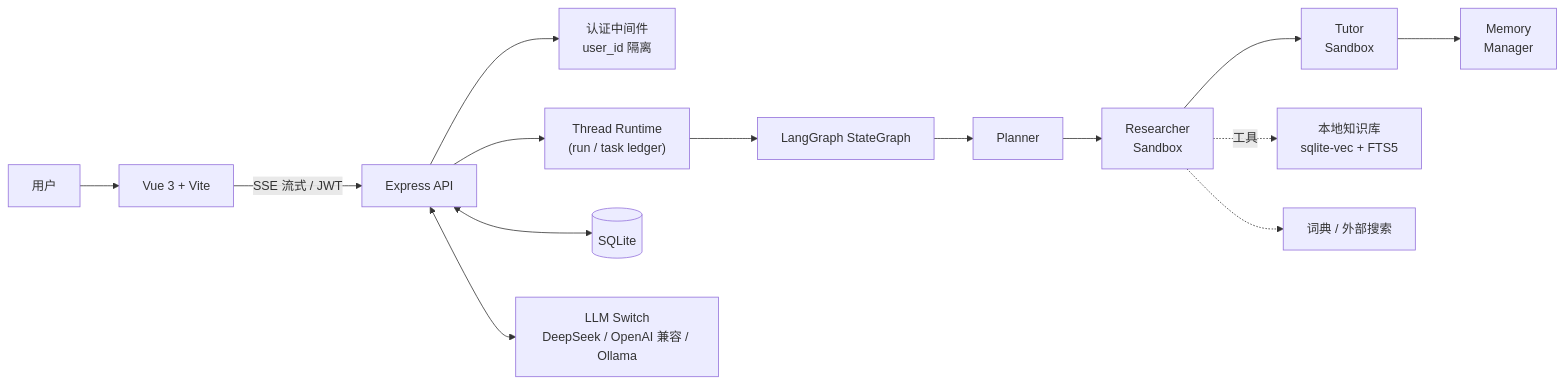
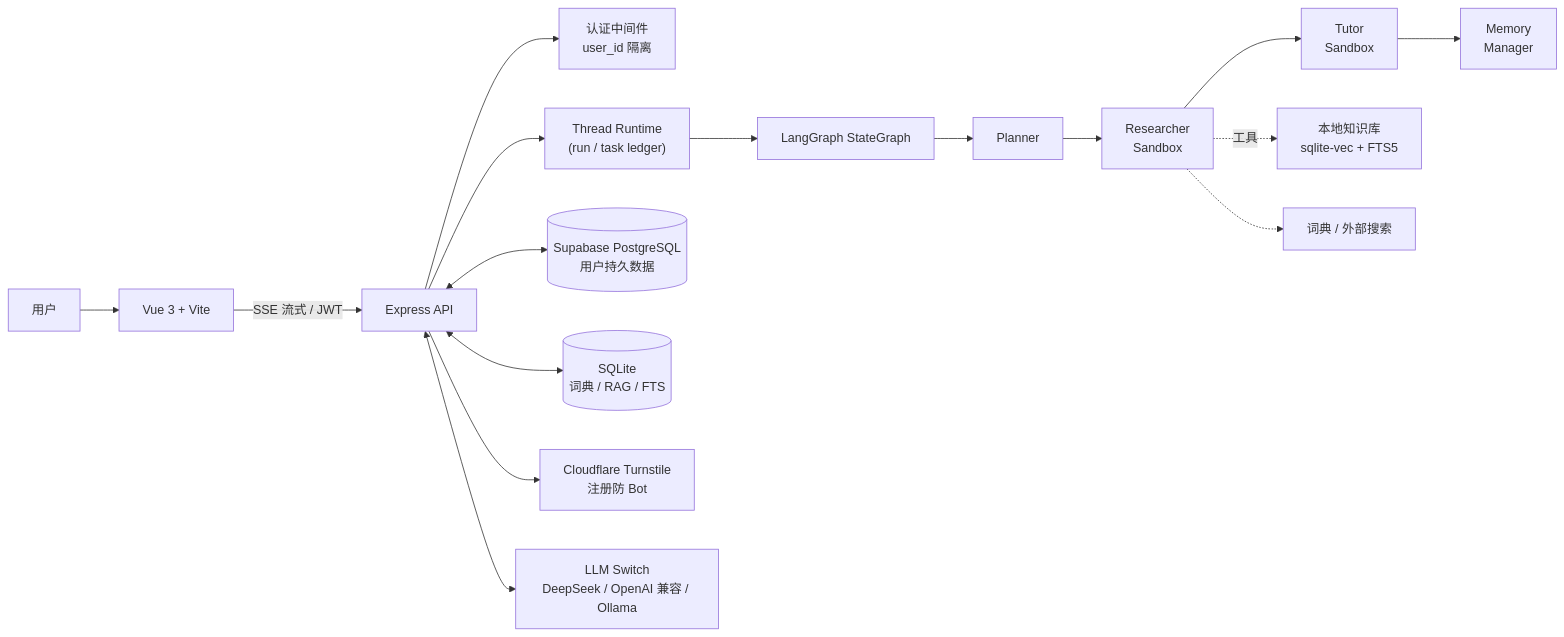
Before and after one commit to yuaiccc/japanese-verb-master: the first of 3 diagrams in README.md, drawn with Mermaid. The commit also changed other lines of this file, not shown here.

Commit message:
docs: showcase live deployment architecture

````diff
--- a/README.md
+++ b/README.md
@@ -45,14 +64,16 @@
 ```mermaid
 flowchart LR
   User["用户"] --> FE["Vue 3 + Vite"]
   FE -->|"SSE 流式 / JWT"| API["Express API"]
   API --> AUTH["认证中间件<br/>user_id 隔离"]
   API --> RT["Thread Runtime<br/>(run / task ledger)"]
   RT --> G["LangGraph StateGraph"]
   G --> P["Planner"] --> R["Researcher<br/>Sandbox"]
   R --> T["Tutor<br/>Sandbox"] --> M["Memory<br/>Manager"]
   R -.->|"工具"| KB["本地知识库<br/>sqlite-vec + FTS5"]
   R -.-> EXT["词典 / 外部搜索"]
-  API <--> DB[("SQLite")]
+  API <--> PG[("Supabase PostgreSQL<br/>用户持久数据")]
+  API <--> DB[("SQLite<br/>词典 / RAG / FTS")]
+  API --> TS["Cloudflare Turnstile<br/>注册防 Bot"]
   API <--> LLM["LLM Switch<br/>DeepSeek / OpenAI 兼容 / Ollama"]
 ```
````
